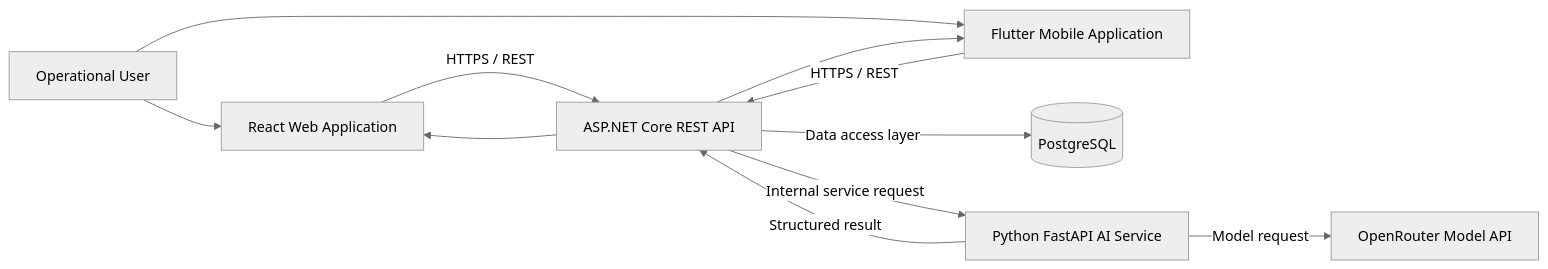
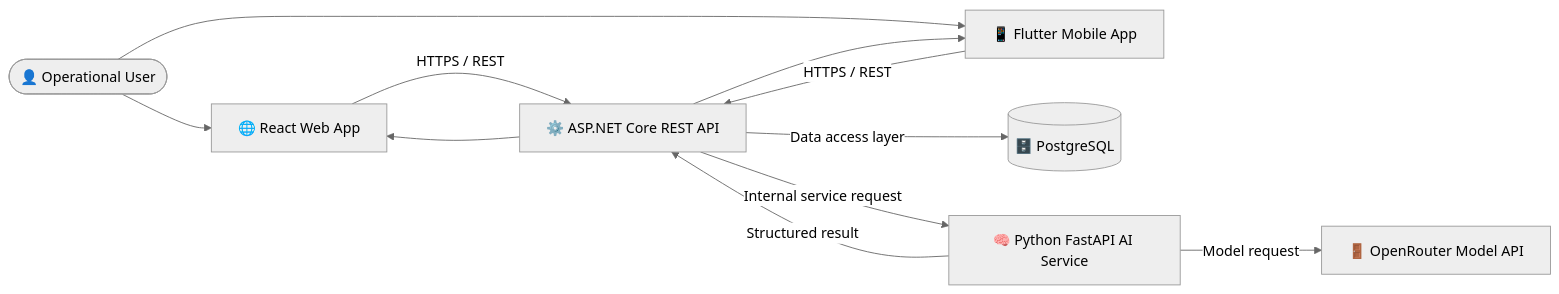
Before and after one commit to ResQAI-Dev/ReliefNexus: the third of 6 diagrams in README.md, drawn with Mermaid (neutral theme). The commit also changed other lines of this file, not shown here.

````diff
--- a/README.md
+++ b/README.md
@@ -134,21 +296,21 @@
 ```mermaid
 flowchart LR
-    User[Operational User]
-    Web[React Web Application]
-    Mobile[Flutter Mobile Application]
-    API[ASP.NET Core REST API]
-    DB[(PostgreSQL)]
-    AI[Python FastAPI AI Service]
-    LLM[OpenRouter Model API]
+    User([👤 Operational User])
+    Web[🌐 React Web App]
+    Mobile[📱 Flutter Mobile App]
+    API[⚙️ ASP.NET Core REST API]
+    DB[(🗄️ PostgreSQL)]
+    AI[🧠 Python FastAPI AI Service]
+    LLM[🚪 OpenRouter Model API]
 
     User --> Web
     User --> Mobile
     Web -->|HTTPS / REST| API
     Mobile -->|HTTPS / REST| API
     API -->|Data access layer| DB
     API -->|Internal service request| AI
     AI -->|Model request| LLM
     AI -->|Structured result| API
     API --> Web
     API --> Mobile
 ```
````
